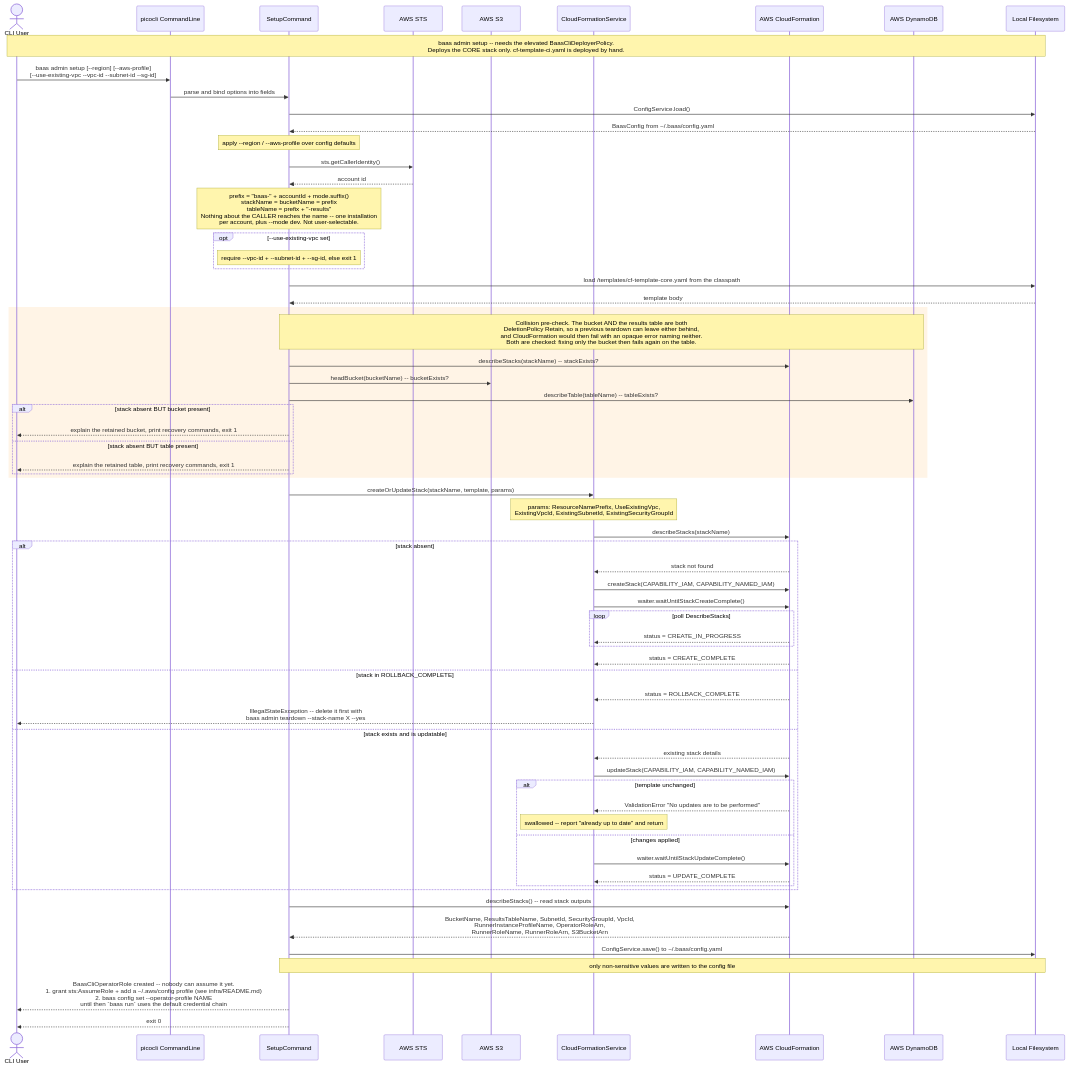
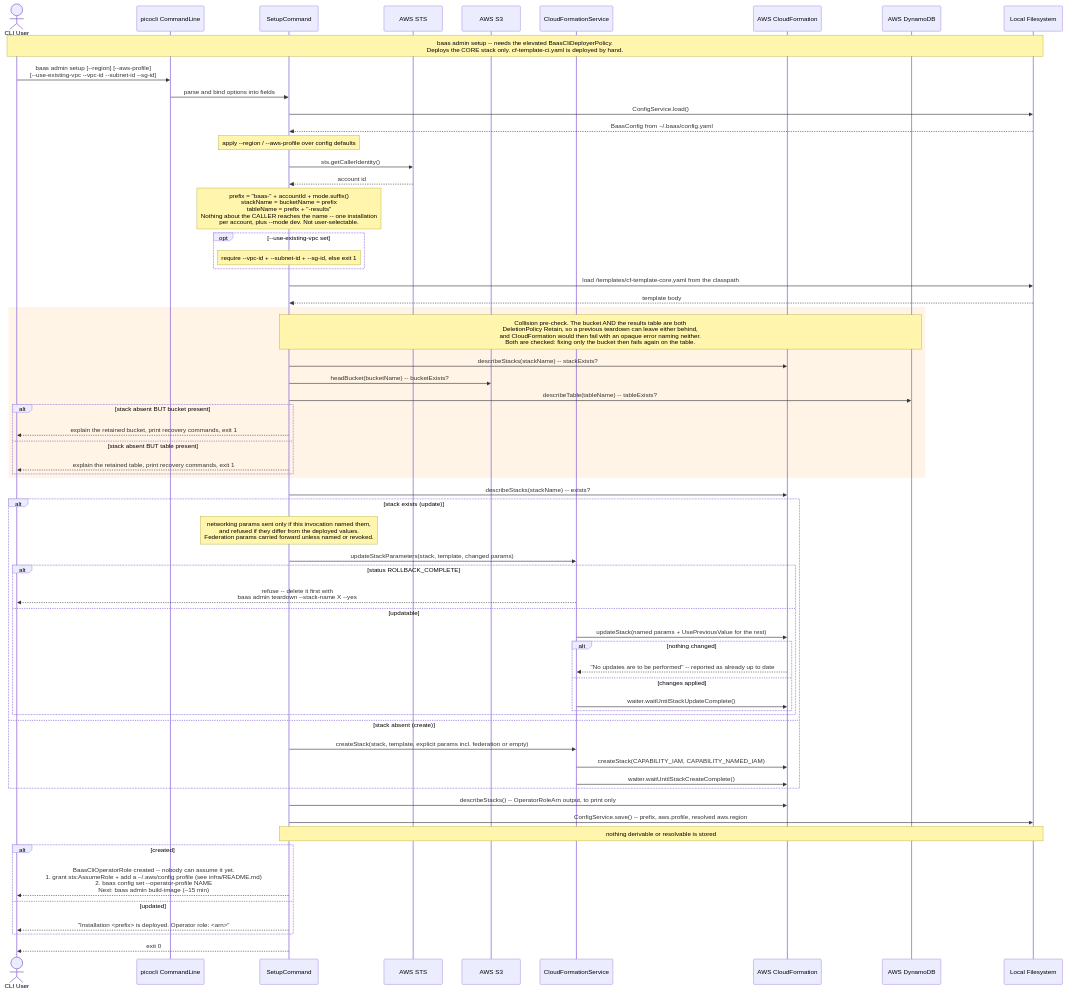
One commit to wsztajerowski/benchmark-as-a-service changed the diagram in docs/diagrams/baas-setup.mmd. Above: the diagram before and after it, drawn with Mermaid. The commit also changed 7 other files, not shown here.

First line of the commit message:
fix(cli): check the stack before uploading, and stop noisy messages

```diff
--- a/docs/diagrams/baas-setup.mmd
+++ b/docs/diagrams/baas-setup.mmd
@@ -1,72 +1,69 @@
 sequenceDiagram
     actor User as CLI User
     participant picocli as picocli CommandLine
     participant SC as SetupCommand
     participant STS as AWS STS
     participant S3 as AWS S3
     participant CFSvc as CloudFormationService
     participant CF as AWS CloudFormation
     participant DDB as AWS DynamoDB
     participant FS as Local Filesystem
 
     Note over User,FS: baas admin setup -- needs the elevated BaasCliDeployerPolicy.<br/>Deploys the CORE stack only. cf-template-ci.yaml is deployed by hand.
     User->>picocli: baas admin setup [--region] [--aws-profile]<br/>[--use-existing-vpc --vpc-id --subnet-id --sg-id]
     picocli->>SC: parse and bind options into fields
     SC->>FS: ConfigService.load()
     FS-->>SC: BaasConfig from ~/.baas/config.yaml
     Note over SC: apply --region / --aws-profile over config defaults
     SC->>STS: sts.getCallerIdentity()
     STS-->>SC: account id
     Note over SC: prefix = "baas-" + accountId + mode.suffix()<br/>stackName = bucketName = prefix<br/>tableName = prefix + "-results"<br/>Nothing about the CALLER reaches the name -- one installation<br/>per account, plus --mode dev. Not user-selectable.
     opt --use-existing-vpc set
         Note over SC: require --vpc-id + --subnet-id + --sg-id, else exit 1
     end
     SC->>FS: load /templates/cf-template-core.yaml from the classpath
     FS-->>SC: template body
 
     rect rgb(255, 244, 230)
         Note over SC,DDB: Collision pre-check. The bucket AND the results table are both<br/>DeletionPolicy Retain, so a previous teardown can leave either behind,<br/>and CloudFormation would then fail with an opaque error naming neither.<br/>Both are checked: fixing only the bucket then fails again on the table.
         SC->>CF: describeStacks(stackName) -- stackExists?
         SC->>S3: headBucket(bucketName) -- bucketExists?
         SC->>DDB: describeTable(tableName) -- tableExists?
         alt stack absent BUT bucket present
             SC-->>User: explain the retained bucket, print recovery commands, exit 1
         else stack absent BUT table present
             SC-->>User: explain the retained table, print recovery commands, exit 1
         end
     end
 
-    SC->>CFSvc: createOrUpdateStack(stackName, template, params)
-    Note over CFSvc: params: ResourceNamePrefix, UseExistingVpc,<br/>ExistingVpcId, ExistingSubnetId, ExistingSecurityGroupId
-    CFSvc->>CF: describeStacks(stackName)
-    alt stack absent
-        CF-->>CFSvc: stack not found
+    SC->>CF: describeStacks(stackName) -- exists?
+    alt stack exists (update)
+        Note over SC: networking params sent only if this invocation named them,<br/>and refused if they differ from the deployed values.<br/>Federation params carried forward unless named or revoked.
+        SC->>CFSvc: updateStackParameters(stack, template, changed params)
+        alt status ROLLBACK_COMPLETE
+            CFSvc-->>User: refuse -- delete it first with<br/>baas admin teardown --stack-name X --yes
+        else updatable
+            CFSvc->>CF: updateStack(named params + UsePreviousValue for the rest)
+            alt nothing changed
+                CF-->>CFSvc: "No updates are to be performed" -- reported as already up to date
+            else changes applied
+                CFSvc->>CF: waiter.waitUntilStackUpdateComplete()
+            end
+        end
+    else stack absent (create)
+        SC->>CFSvc: createStack(stack, template, explicit params incl. federation or empty)
         CFSvc->>CF: createStack(CAPABILITY_IAM, CAPABILITY_NAMED_IAM)
         CFSvc->>CF: waiter.waitUntilStackCreateComplete()
-        loop poll DescribeStacks
-            CF-->>CFSvc: status = CREATE_IN_PROGRESS
-        end
-        CF-->>CFSvc: status = CREATE_COMPLETE
-    else stack in ROLLBACK_COMPLETE
-        CF-->>CFSvc: status = ROLLBACK_COMPLETE
-        CFSvc-->>User: IllegalStateException -- delete it first with<br/>baas admin teardown --stack-name X --yes
-    else stack exists and is updatable
-        CF-->>CFSvc: existing stack details
-        CFSvc->>CF: updateStack(CAPABILITY_IAM, CAPABILITY_NAMED_IAM)
-        alt template unchanged
-            CF-->>CFSvc: ValidationError "No updates are to be performed"
-            Note over CFSvc: swallowed -- report "already up to date" and return
-        else changes applied
-            CFSvc->>CF: waiter.waitUntilStackUpdateComplete()
-            CF-->>CFSvc: status = UPDATE_COMPLETE
-        end
     end
 
-    SC->>CF: describeStacks() -- read stack outputs
-    CF-->>SC: BucketName, ResultsTableName, SubnetId, SecurityGroupId, VpcId,<br/>RunnerInstanceProfileName, OperatorRoleArn,<br/>RunnerRoleName, RunnerRoleArn, S3BucketArn
-    SC->>FS: ConfigService.save() to ~/.baas/config.yaml
-    Note over SC,FS: only non-sensitive values are written to the config file
+    SC->>CF: describeStacks() -- OperatorRoleArn output, to print only
+    SC->>FS: ConfigService.save() -- prefix, aws.profile, resolved aws.region
+    Note over SC,FS: nothing derivable or resolvable is stored
 
-    SC-->>User: BaasCliOperatorRole created -- nobody can assume it yet.<br/>1. grant sts:AssumeRole + add a ~/.aws/config profile (see infra/README.md)<br/>2. baas config set --operator-profile NAME<br/>until then `baas run` uses the default credential chain
+    alt created
+        SC-->>User: BaasCliOperatorRole created -- nobody can assume it yet.<br/>1. grant sts:AssumeRole + add a ~/.aws/config profile (see infra/README.md)<br/>2. baas config set --operator-profile NAME<br/>Next: baas admin build-image (~15 min)
+    else updated
+        SC-->>User: "Installation <prefix> is deployed. Operator role: <arn>"
+    end
 
     SC-->>User: exit 0
```
